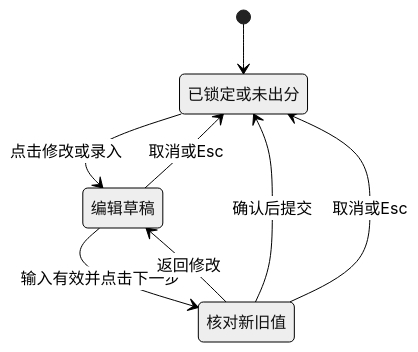
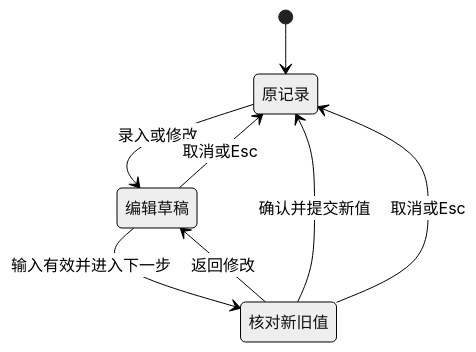
One commit to XingyuLi2/ai-course-grade-planner changed the diagram in docs/state-design.md. Above: the diagram before and after it, drawn with Mermaid (neutral theme). The commit also changed other lines of this file and 18 other files, not shown here.

````diff
--- a/docs/state-design.md
+++ b/docs/state-design.md
@@ -36,10 +75,10 @@
 ```mermaid
 stateDiagram-v2
-  [*] --> 已锁定或未出分
-  已锁定或未出分 --> 编辑草稿: 点击修改或录入
-  编辑草稿 --> 核对新旧值: 输入有效并点击下一步
+  [*] --> 原记录
+  原记录 --> 编辑草稿: 录入或修改
+  编辑草稿 --> 核对新旧值: 输入有效并进入下一步
   核对新旧值 --> 编辑草稿: 返回修改
-  核对新旧值 --> 已锁定或未出分: 确认后提交
-  编辑草稿 --> 已锁定或未出分: 取消或Esc
-  核对新旧值 --> 已锁定或未出分: 取消或Esc
+  核对新旧值 --> 原记录: 确认并提交新值
+  编辑草稿 --> 原记录: 取消或Esc
+  核对新旧值 --> 原记录: 取消或Esc
 ```
````
